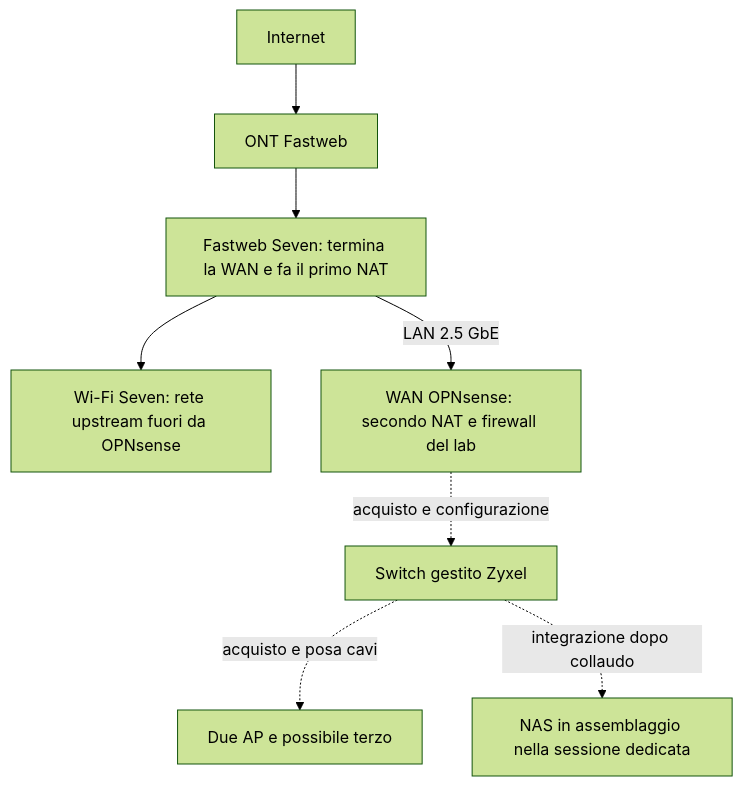
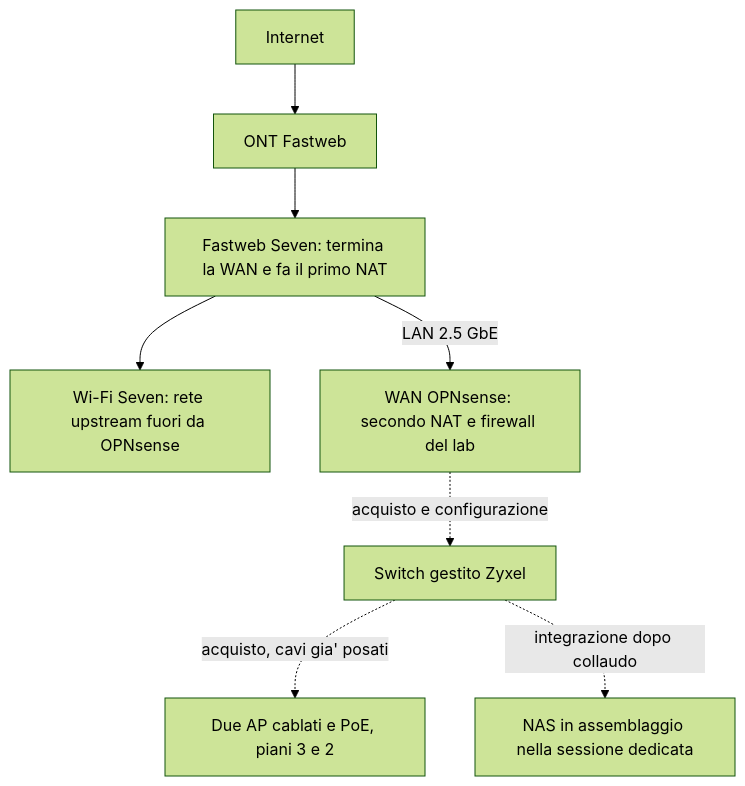
One commit to alesop95/home-lab-cybersec-networking changed the first of 3 diagrams in docs/03-spunti-di-sviluppo/23-studio-home-lab/01-architettura.md. Above: the diagram before and after it, drawn with Mermaid (forest theme). The commit also changed other lines of this file and 16 other files, not shown here.

````diff
--- a/docs/03-spunti-di-sviluppo/23-studio-home-lab/01-architettura.md
+++ b/docs/03-spunti-di-sviluppo/23-studio-home-lab/01-architettura.md
@@ -13,10 +13,10 @@
 ```mermaid
 flowchart TD
   NET[Internet] --> ONT[ONT Fastweb]
   ONT --> SEVEN[Fastweb Seven: termina la WAN e fa il primo NAT]
   SEVEN --> CASA[Wi-Fi Seven: rete upstream fuori da OPNsense]
   SEVEN -->|LAN 2.5 GbE| FW[WAN OPNsense: secondo NAT e firewall del lab]
   FW -. "acquisto e configurazione" .-> SW[Switch gestito Zyxel]
-  SW -. "acquisto e posa cavi" .-> AP[Due AP e possibile terzo]
+  SW -. "acquisto, cavi gia' posati" .-> AP[Due AP cablati e PoE, piani 3 e 2]
   SW -. "integrazione dopo collaudo" .-> NAS[NAS in assemblaggio nella sessione dedicata]
 ```
````
